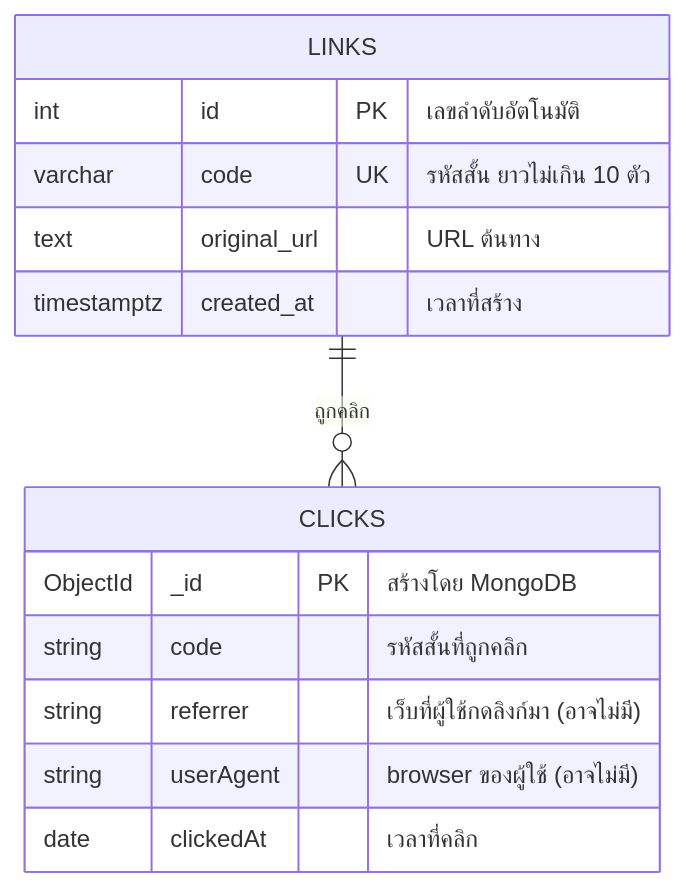
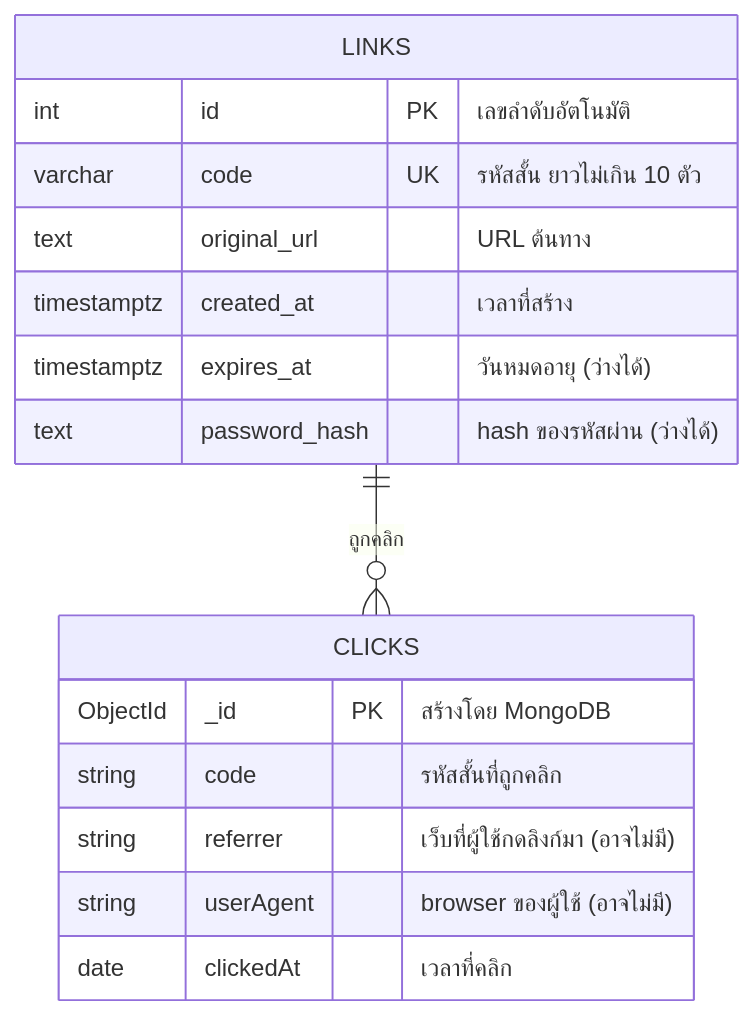
One commit to Few-zzz/shorturl changed the third of 3 diagrams in README.md. Above: the diagram before and after it, drawn with Mermaid. The commit also changed other lines of this file and 16 other files, not shown here.

````diff
--- a/README.md
+++ b/README.md
@@ -91,19 +91,21 @@
 ```mermaid
 erDiagram
     LINKS ||--o{ CLICKS : "ถูกคลิก"
 
     LINKS {
         int id PK "เลขลำดับอัตโนมัติ"
         varchar code UK "รหัสสั้น ยาวไม่เกิน 10 ตัว"
         text original_url "URL ต้นทาง"
         timestamptz created_at "เวลาที่สร้าง"
+        timestamptz expires_at "วันหมดอายุ (ว่างได้)"
+        text password_hash "hash ของรหัสผ่าน (ว่างได้)"
     }
 
     CLICKS {
         ObjectId _id PK "สร้างโดย MongoDB"
         string code "รหัสสั้นที่ถูกคลิก"
         string referrer "เว็บที่ผู้ใช้กดลิงก์มา (อาจไม่มี)"
         string userAgent "browser ของผู้ใช้ (อาจไม่มี)"
         date clickedAt "เวลาที่คลิก"
     }
 ```
````
